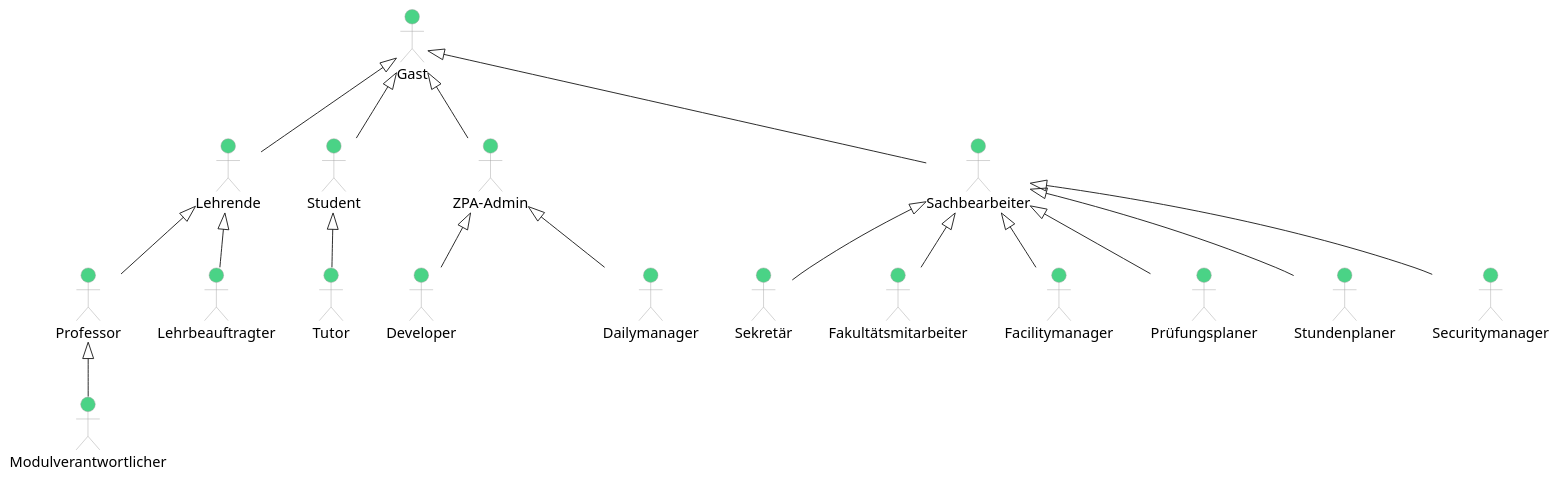
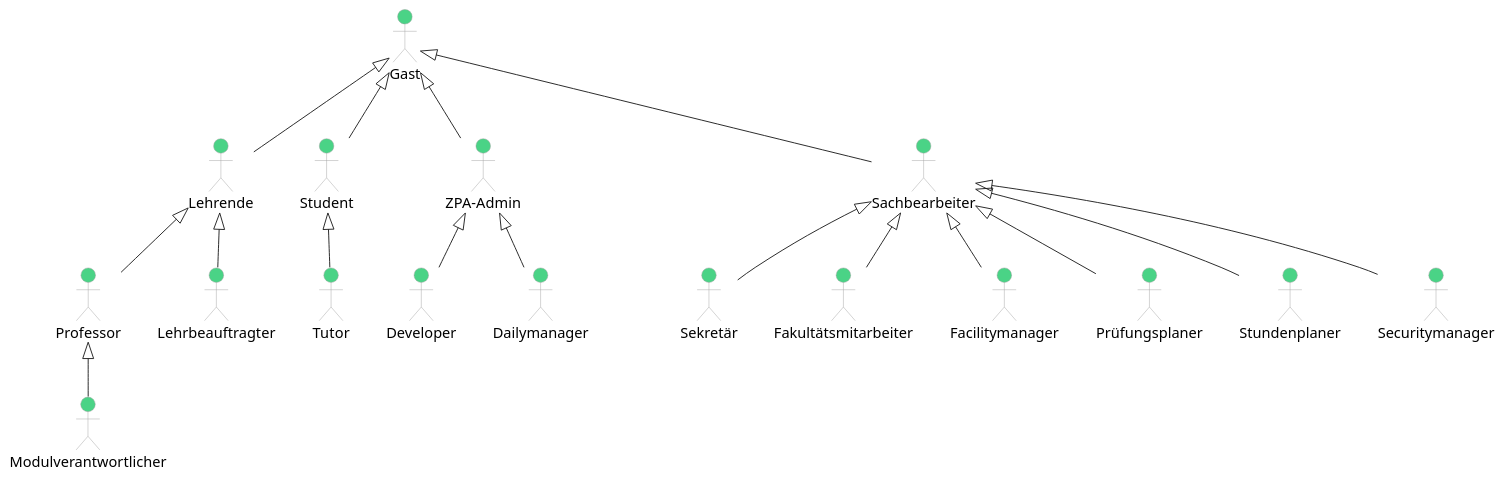
The diagram in src/main/puml/rollen/rollen.puml (MullexBDE/SEng1), drawn with PlantUML before and after one commit. The commit also changed 1 other file, not shown here.

Commit message:
add description to Roleinheritance and rework diagram

```diff
--- a/src/main/puml/rollen/rollen.puml
+++ b/src/main/puml/rollen/rollen.puml
@@ -1,77 +1,73 @@
 @startuml
 
 top to bottom direction
 
 skinparam nodesep 40
 skinparam ranksep 60
 
 skinparam actor {
   BackgroundColor #4AD386
   BorderColor #a0a0a0
   ArrowColor black
   FontName Arial Unicode MS
   FontSize 16
 }
 
 skinparam rectangle {
   BackgroundColor transparent
   BorderColor transparent
   FontColor transparent
 }
 
 actor Gast
 actor Student
 actor Lehrende
 actor Professor
 actor Modulverantwortlicher
 actor Lehrbeauftragter
 actor Tutor
 actor Sachbearbeiter
 actor Sekretär
 actor Fakultätsmitarbeiter
 actor Facilitymanager
 actor Securitymanager
 actor Prüfungsplaner
 actor Stundenplaner
 actor "ZPA-Admin" as ZPAAdmin
 actor Developer
 actor "Dailymanager" as DailyManager
 
 Gast <|-- Student
 Student <|-- Tutor
 Gast <|-- Lehrende
 Lehrende <|-- Professor
 Professor <|-- Modulverantwortlicher
 Lehrende <|-- Lehrbeauftragter
 
 Gast <|-- Sachbearbeiter
 Sachbearbeiter <|-- Securitymanager
 Sachbearbeiter <|-- Sekretär
 Sachbearbeiter <|-- Fakultätsmitarbeiter
 Sachbearbeiter <|-- Facilitymanager
 Sachbearbeiter <|-- Prüfungsplaner
 Sachbearbeiter <|-- Stundenplaner
 
 Gast <|-- ZPAAdmin
 ZPAAdmin <|-- Developer
 ZPAAdmin <|-- DailyManager
 
 ' Layout: Student in der Mitte, Sachbearbeiter rechts neben ZPA-Admin.
 rectangle "                    " as StudentGap
 rectangle "                    " as SachbearbeiterGap
 rectangle "                    " as LehrendeGap
-rectangle "                    " as DeveloperGap
 rectangle "                    " as SecuritymanagerGap
 
 Student -[hidden]right- StudentGap
 StudentGap -[hidden]right- ZPAAdmin
 ZPAAdmin -[hidden]right- SachbearbeiterGap
 SachbearbeiterGap -[hidden]right- Sachbearbeiter
 Lehrende -[hidden]right- LehrendeGap
 LehrendeGap -[hidden]right- DailyManager
-Developer -[hidden]right- DailyManager
-Developer -[hidden]right- DeveloperGap
-DeveloperGap -[hidden]right- SecuritymanagerGap
 SecuritymanagerGap -[hidden]right- Securitymanager
 
 @enduml
```
